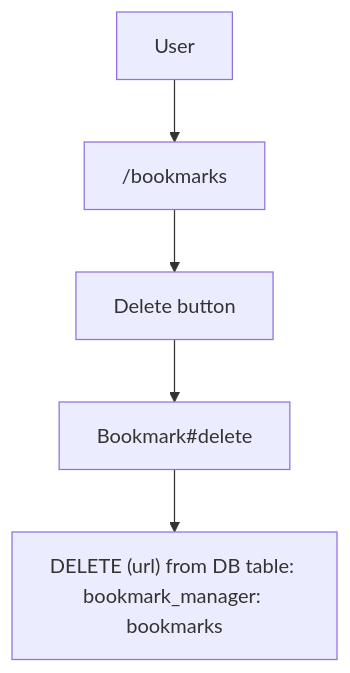
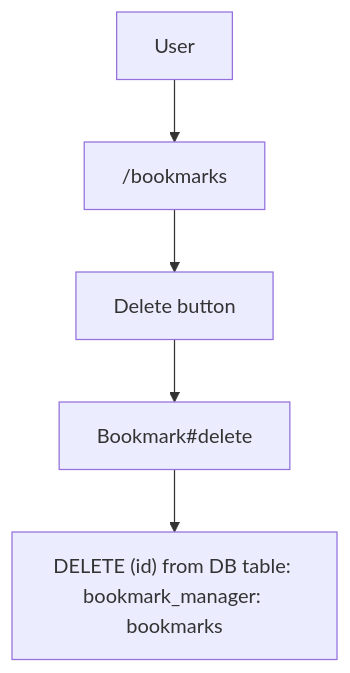
One commit to Conor-Developer/bookmark_manager changed the third of 4 diagrams in README.md. Above: the diagram before and after it, drawn with Mermaid. The commit also changed other lines of this file and 4 other files, not shown here.

````diff
--- a/README.md
+++ b/README.md
@@ -48,7 +48,7 @@
 ```mermaid
 graph TD
     A[User] -->B["/bookmarks"]
     B["/bookmarks"] --> C[Delete button]
     C[Delete button] --> D[Bookmark#delete]
-    D[Bookmark#delete] --> F["DELETE (url) from DB table: bookmark_manager: bookmarks"]
+    D[Bookmark#delete] --> E["DELETE (id) from DB table: bookmark_manager: bookmarks"]
 ```
````
